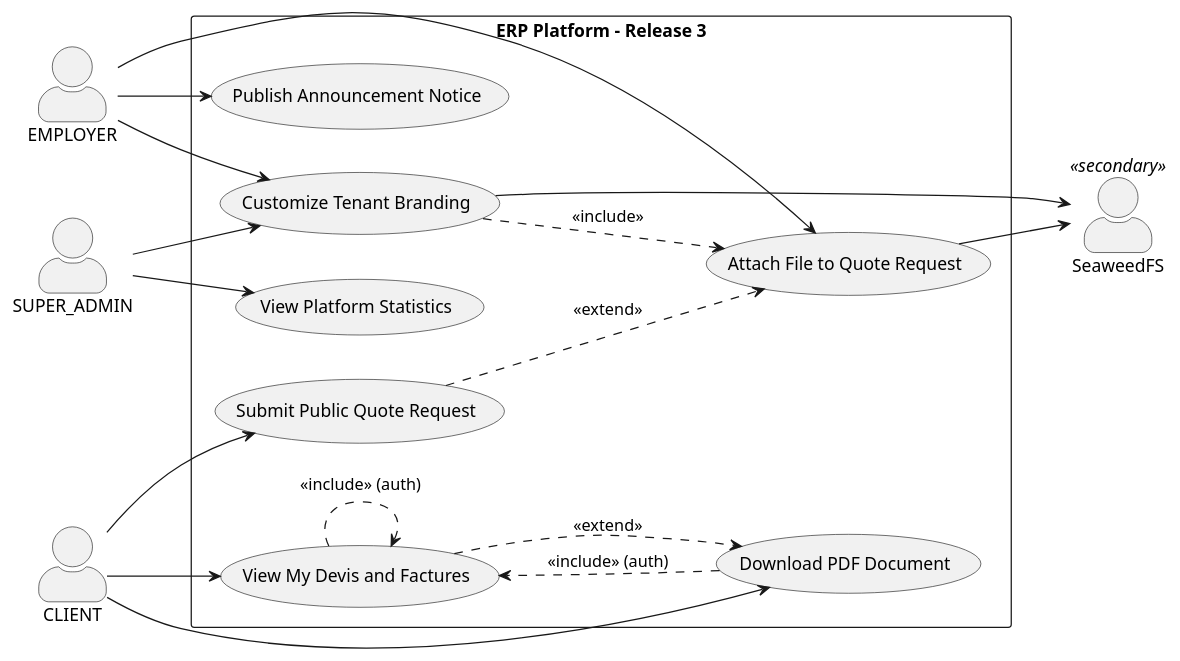
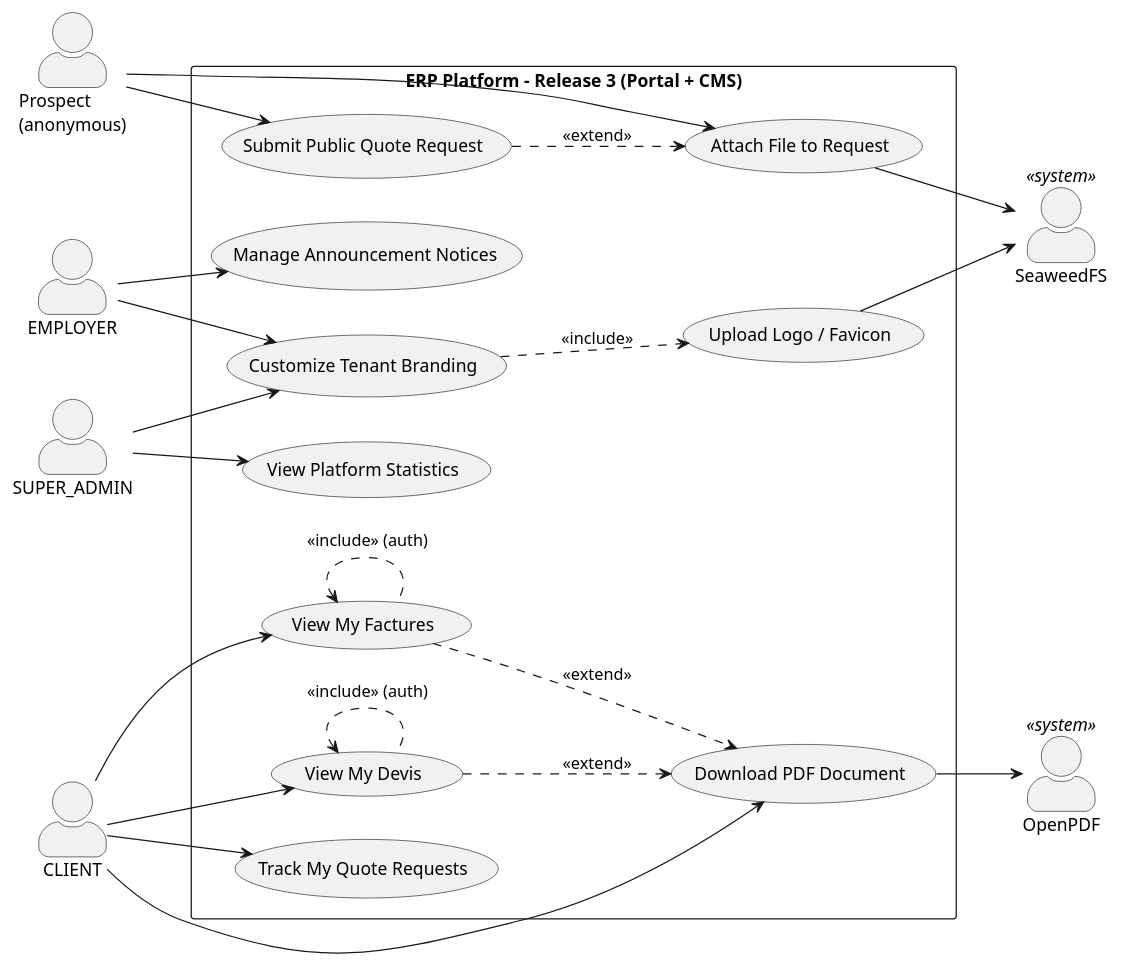
The ninth of 19 diagrams in docs/PFA_REPORT.md (MohamedTrikii/PFA_CRM_ERP_Platform), drawn with PlantUML before and after one commit. The commit also changed other lines of this file and 150 other files, not shown here.

Commit message:
feat: public website, references admin, AI assistant & RAG improvements; fix CI, achat security config, Angular budgets; reorganize docs; bilingual README

````diff
--- a/docs/PFA_REPORT.md
+++ b/docs/PFA_REPORT.md
@@ -1032,38 +969,50 @@
 ```plantuml
-@startuml Release3_UseCase
+@startuml UC_Release3
+skinparam actorStyle awesome
 left to right direction
-skinparam actorStyle awesome
 
-actor "CLIENT" as CL
-actor "EMPLOYER" as EM
-actor "SUPER_ADMIN" as SA
-actor "SeaweedFS" as SW <<secondary>>
+actor "Prospect\n(anonymous)" as PR
+actor "CLIENT"       as CL
+actor "EMPLOYER"     as EM
+actor "SUPER_ADMIN"  as SA
+actor "SeaweedFS"    as SW  <<system>>
+actor "OpenPDF"      as PDF <<system>>
 
-rectangle "ERP Platform – Release 3" {
-  usecase "Submit Public Quote Request" as UC_PUB
-  usecase "View My Devis and Factures" as UC_PORTAL
-  usecase "Download PDF Document" as UC_PDF
-  usecase "Attach File to Quote Request" as UC_ATTACH
-  usecase "Customize Tenant Branding" as UC_BRAND
-  usecase "Publish Announcement Notice" as UC_NOTICE
-  usecase "View Platform Statistics" as UC_PLAT
+rectangle "ERP Platform – Release 3 (Portal + CMS)" {
+
+  usecase "Submit Public Quote Request"     as UC_PUB
+  usecase "Attach File to Request"          as UC_FILE
+  usecase "View My Devis"                   as UC_MYDEV
+  usecase "View My Factures"                as UC_MYFACT
+  usecase "Download PDF Document"           as UC_PDF
+  usecase "Track My Quote Requests"         as UC_MYREQ
+  usecase "Customize Tenant Branding"       as UC_BRAND
+  usecase "Upload Logo / Favicon"           as UC_LOGO
+  usecase "Manage Announcement Notices"     as UC_NOTICE
+  usecase "View Platform Statistics"        as UC_PLAT
+
 }
 
-CL --> UC_PUB
-CL --> UC_PORTAL
-CL --> UC_PDF
-EM --> UC_ATTACH
-EM --> UC_BRAND
-EM --> UC_NOTICE
-SA --> UC_PLAT
-SA --> UC_BRAND
+PR  --> UC_PUB
+PR  --> UC_FILE
+CL  --> UC_MYDEV
+CL  --> UC_MYFACT
+CL  --> UC_PDF
+CL  --> UC_MYREQ
+EM  --> UC_BRAND
+EM  --> UC_NOTICE
+SA  --> UC_PLAT
+SA  --> UC_BRAND
 
-UC_PORTAL ..> UC_PDF : <<extend>>
-UC_BRAND ..> UC_ATTACH : <<include>>
-UC_PUB ..> UC_ATTACH : <<extend>>
-UC_ATTACH --> SW
-UC_BRAND --> SW
-UC_PORTAL ..> UC_PORTAL : <<include>> (auth)
-UC_PDF ..> UC_PORTAL : <<include>> (auth)
+UC_PUB      ..> UC_FILE    : <<extend>>
+UC_MYDEV    ..> UC_PDF     : <<extend>>
+UC_MYFACT   ..> UC_PDF     : <<extend>>
+UC_BRAND    ..> UC_LOGO    : <<include>>
+UC_MYDEV    .up.> UC_MYDEV : <<include>> (auth)
+UC_MYFACT   .up.> UC_MYFACT : <<include>> (auth)
+UC_FILE     --> SW
+UC_LOGO     --> SW
+UC_PDF      --> PDF
+
 @enduml
 ```
````
